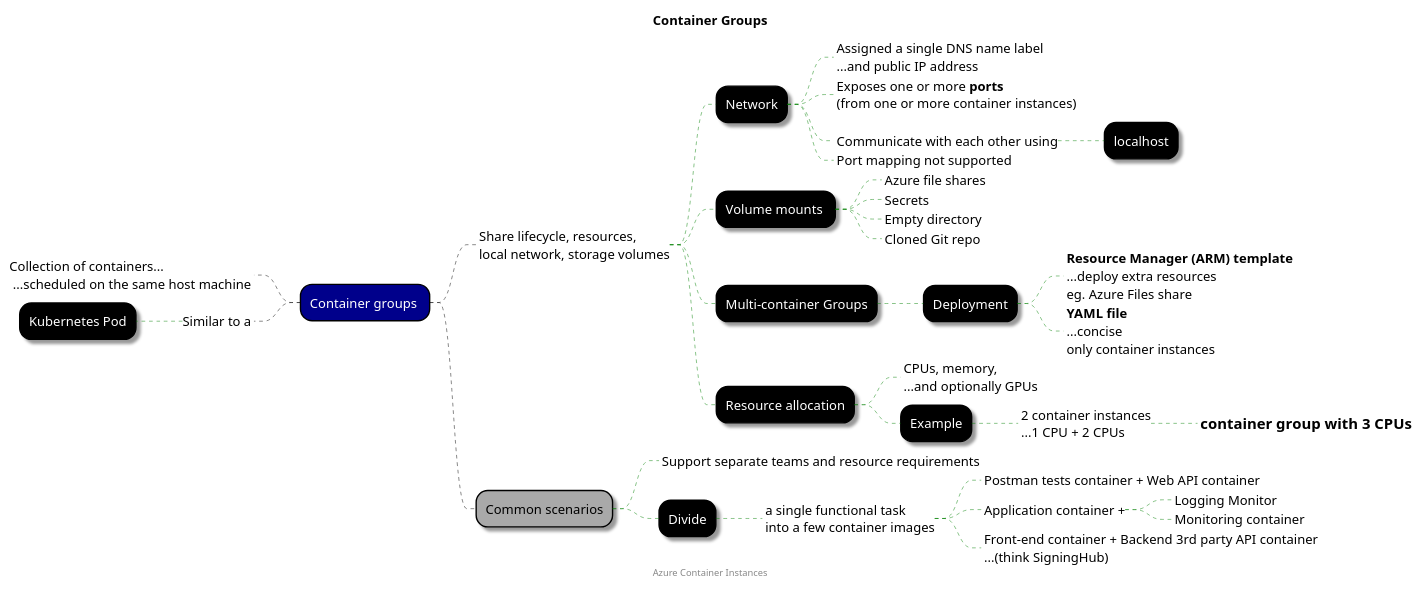
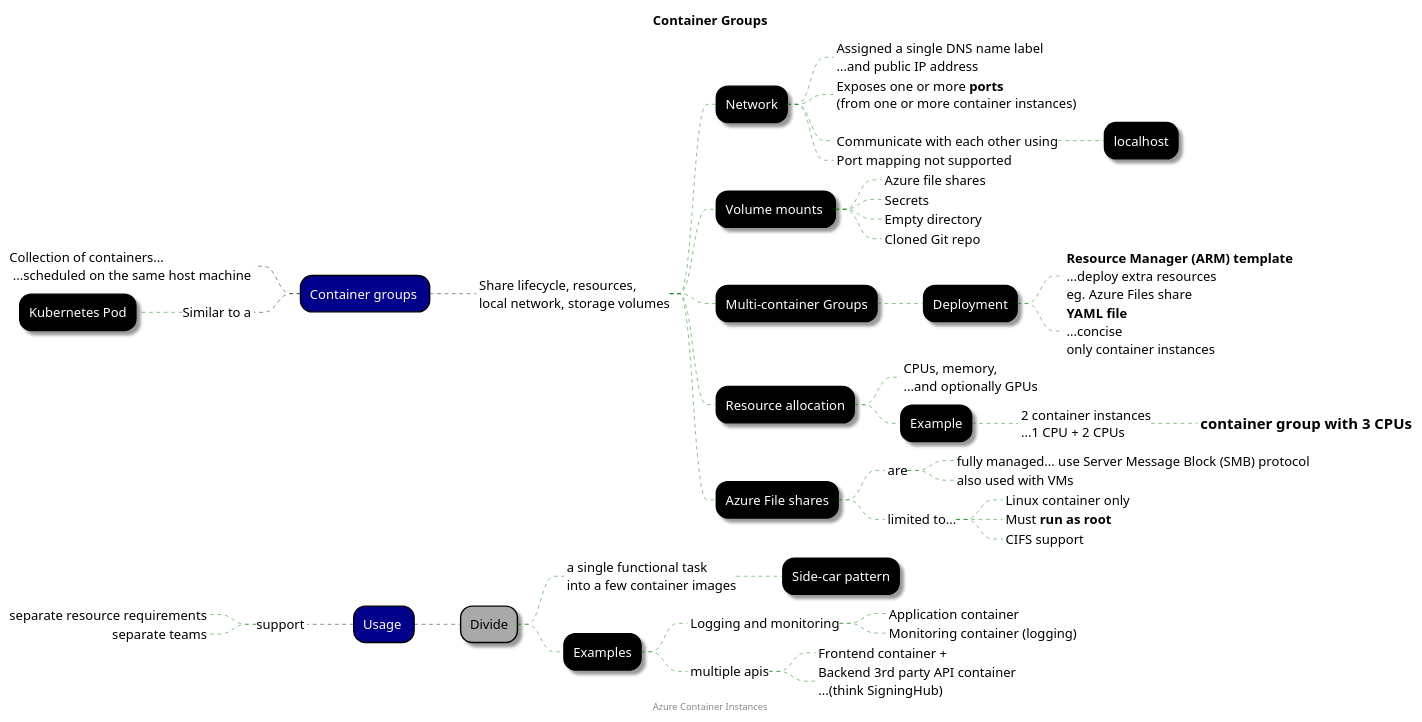
Before and after one commit to rob-bl8ke/Az204-Containerization: the diagram in Notes/Diagrams/ContainerInstances/azure-container-instance-groups.plantuml, drawn with PlantUML. The commit also changed 1 other file, not shown here.

Commit message:
Added container instance volume mount content

```diff
--- a/Notes/Diagrams/ContainerInstances/azure-container-instance-groups.plantuml
+++ b/Notes/Diagrams/ContainerInstances/azure-container-instance-groups.plantuml
@@ -1,91 +1,104 @@
 @startmindmap "Container Groups"
 
 title Container Groups
 footer Azure Container Instances
 
 <style>
     mindMapDiagram {
         .root {
             BackgroundColor darkblue
             LineColor black
             FontColor white
         }
 
         node {
             FontColor white
             LineColor black
             BackgroundColor black
             Shadowing 2.0
             RoundCorner 25
         }
         :depth(0) {
             FontColor black
             LineColor white
             BackgroundColor white
             Shadowing 0.0
         }
         :depth(1) {
             FontColor black
             BackgroundColor darkgrey
             Shadowing 2.0
         }
 
         arrow {
             LineStyle 4
             LineThickness 0.5
             LineColor green
         }
 
         boxless {
             FontColor black
             Margin 10
             Padding 10
             MaximumWidth 400
         }
     }
 </style>
 
 + Container groups <<root>>
 
 --_ Collection of containers...\n ...scheduled on the same host machine
 --_ Similar to a
 --- Kubernetes Pod
 
 ++_ Share lifecycle, resources,\nlocal network, storage volumes
 +++ Network
 ++++_ Assigned a single DNS name label\n...and public IP address
 ++++_ Exposes one or more **ports**\n(from one or more container instances)
 ++++_ Communicate with each other using
 +++++ localhost
 ++++_ Port mapping not supported
 
 
 +++ Volume mounts 
 ++++_ Azure file shares
 ++++_ Secrets
 ++++_ Empty directory
 ++++_ Cloned Git repo
 
 +++ Multi-container Groups
 ++++ Deployment
 +++++_ **Resource Manager (ARM) template**\n...deploy extra resources\neg. Azure Files share
 +++++_ **YAML file**\n...concise\nonly container instances
 
 +++ Resource allocation
 ++++_ CPUs, memory,\n...and optionally GPUs
 ++++ Example
 +++++_ 2 container instances\n...1 CPU + 2 CPUs
 ++++++_ == container group with 3 CPUs
 
-++ Common scenarios
++++ Azure File shares
+++++_ are
++++++_  fully managed... use Server Message Block (SMB) protocol
++++++_ also used with VMs
+++++_ limited to...
++++++_ Linux container only
++++++_ Must **run as root**
++++++_ CIFS support
 
-+++_ Support separate teams and resource requirements
-+++ Divide
-++++_ a single functional task\ninto a few container images
-+++++_ Postman tests container + Web API container
-+++++_ Application container +
-++++++_ Logging Monitor
-++++++_ Monitoring container
-+++++_ Front-end container + Backend 3rd party API container\n...(think SigningHub) 
++ Usage <<root>>
+--_ support
+---_ separate resource requirements
+---_ separate teams
+++ Divide
++++_ a single functional task\ninto a few container images
+++++ Side-car pattern
++++ Examples
+++++_ Logging and monitoring
++++++_ Application container
++++++_ Monitoring container (logging)
+++++_ multiple apis
++++++_ Frontend container +
++++++_ Backend 3rd party API container\n...(think SigningHub) 
 
 @endmindmap
```
